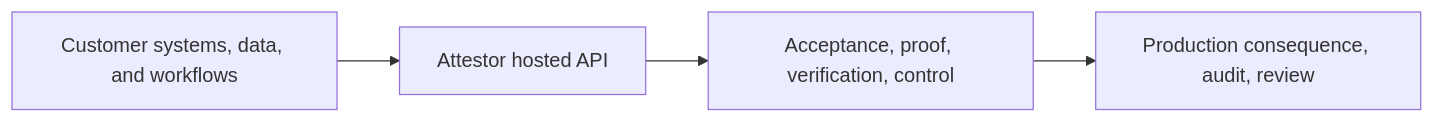
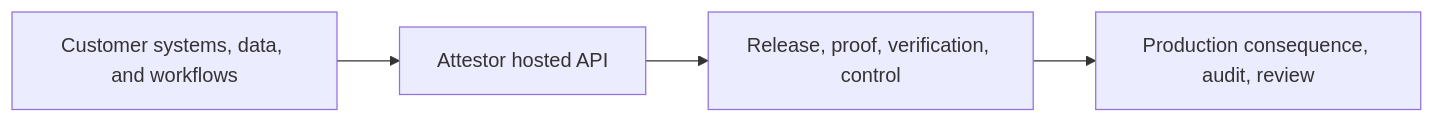
One commit to 0xlamarr-labs/attestor changed the second of 4 diagrams in README.md. Above: the diagram before and after it, drawn with Mermaid. The commit also changed other lines of this file and 5 other files, not shown here.

````diff
--- a/README.md
+++ b/README.md
@@ -202,6 +216,6 @@
 ```mermaid
 flowchart LR
   C["Customer systems, data, and workflows"] --> A["Attestor hosted API"]
-  A --> P["Acceptance, proof, verification, control"]
+  A --> P["Release, proof, verification, control"]
   P --> O["Production consequence, audit, review"]
 ```
````
